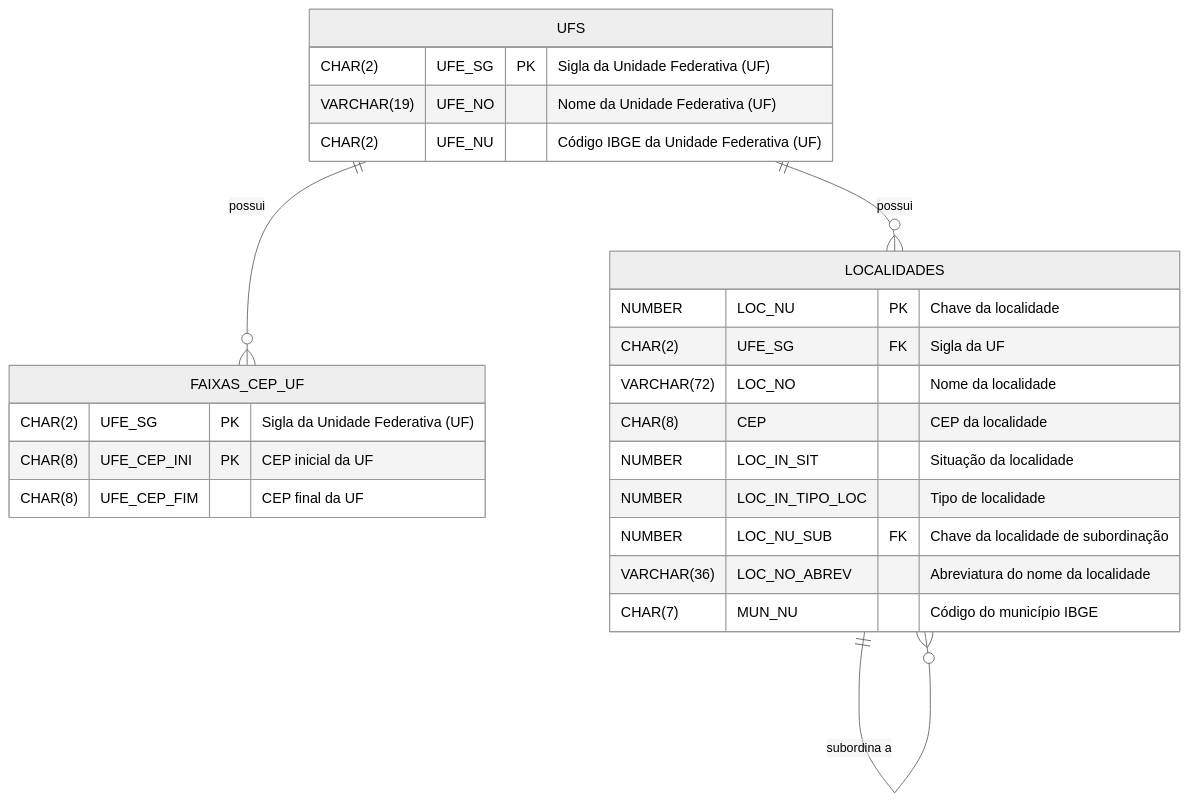
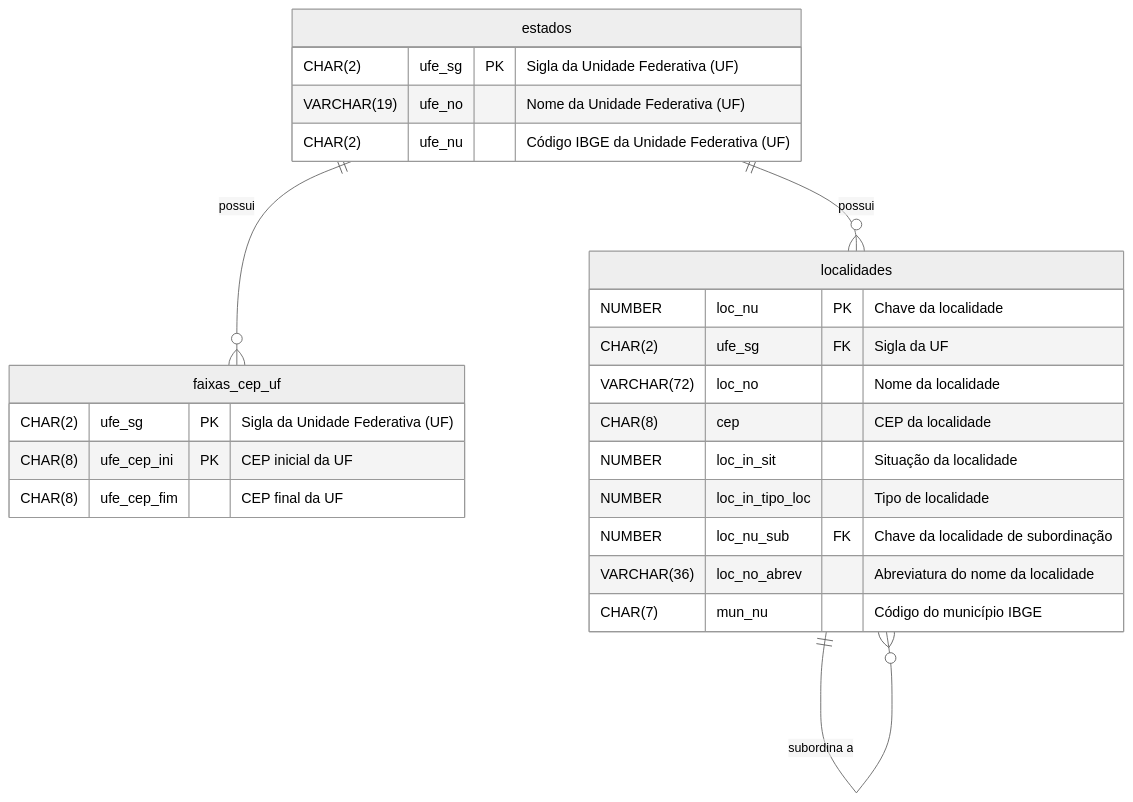
Before and after one commit to danielcorvello/personal-page: the first of 3 diagrams in blog/2025/11/estrutura-da-base-de-ceps-dos-correios-edne.md, drawn with Mermaid (neutral theme). The commit also changed other lines of this file and 2 other files, not shown here.

````diff
--- a/blog/2025/11/estrutura-da-base-de-ceps-dos-correios-edne.md
+++ b/blog/2025/11/estrutura-da-base-de-ceps-dos-correios-edne.md
@@ -492,28 +502,28 @@
 ```mermaid
 erDiagram
-    UFS {
-        CHAR(2) UFE_SG PK "Sigla da Unidade Federativa (UF)"
-        VARCHAR(19) UFE_NO "Nome da Unidade Federativa (UF)"
-        CHAR(2) UFE_NU "Código IBGE da Unidade Federativa (UF)"
+    estados {
+        CHAR(2) ufe_sg PK "Sigla da Unidade Federativa (UF)"
+        VARCHAR(19) ufe_no "Nome da Unidade Federativa (UF)"
+        CHAR(2) ufe_nu "Código IBGE da Unidade Federativa (UF)"
     }
-    FAIXAS_CEP_UF {
-        CHAR(2) UFE_SG PK "Sigla da Unidade Federativa (UF)"
-        CHAR(8) UFE_CEP_INI PK "CEP inicial da UF"
-        CHAR(8) UFE_CEP_FIM "CEP final da UF"
+    faixas_cep_uf {
+        CHAR(2) ufe_sg PK "Sigla da Unidade Federativa (UF)"
+        CHAR(8) ufe_cep_ini PK "CEP inicial da UF"
+        CHAR(8) ufe_cep_fim "CEP final da UF"
     }
-    LOCALIDADES {
-        NUMBER LOC_NU PK "Chave da localidade"
-        CHAR(2) UFE_SG FK "Sigla da UF"
-        VARCHAR(72) LOC_NO "Nome da localidade"
-        CHAR(8) CEP "CEP da localidade"
-        NUMBER LOC_IN_SIT "Situação da localidade"
-        NUMBER LOC_IN_TIPO_LOC "Tipo de localidade"
-        NUMBER LOC_NU_SUB FK "Chave da localidade de subordinação"
-        VARCHAR(36) LOC_NO_ABREV "Abreviatura do nome da localidade"
-        CHAR(7) MUN_NU "Código do município IBGE"
+    localidades {
+        NUMBER loc_nu PK "Chave da localidade"
+        CHAR(2) ufe_sg FK "Sigla da UF"
+        VARCHAR(72) loc_no "Nome da localidade"
+        CHAR(8) cep "CEP da localidade"
+        NUMBER loc_in_sit "Situação da localidade"
+        NUMBER loc_in_tipo_loc "Tipo de localidade"
+        NUMBER loc_nu_sub FK "Chave da localidade de subordinação"
+        VARCHAR(36) loc_no_abrev "Abreviatura do nome da localidade"
+        CHAR(7) mun_nu "Código do município IBGE"
     }
 
-    UFS ||--o{ FAIXAS_CEP_UF : "possui"
-    UFS ||--o{ LOCALIDADES : "possui"
-    LOCALIDADES ||--o{ LOCALIDADES : "subordina a"
+    estados ||--o{ faixas_cep_uf : "possui"
+    estados ||--o{ localidades : "possui"
+    localidades ||--o{ localidades : "subordina a"
 ```
````
